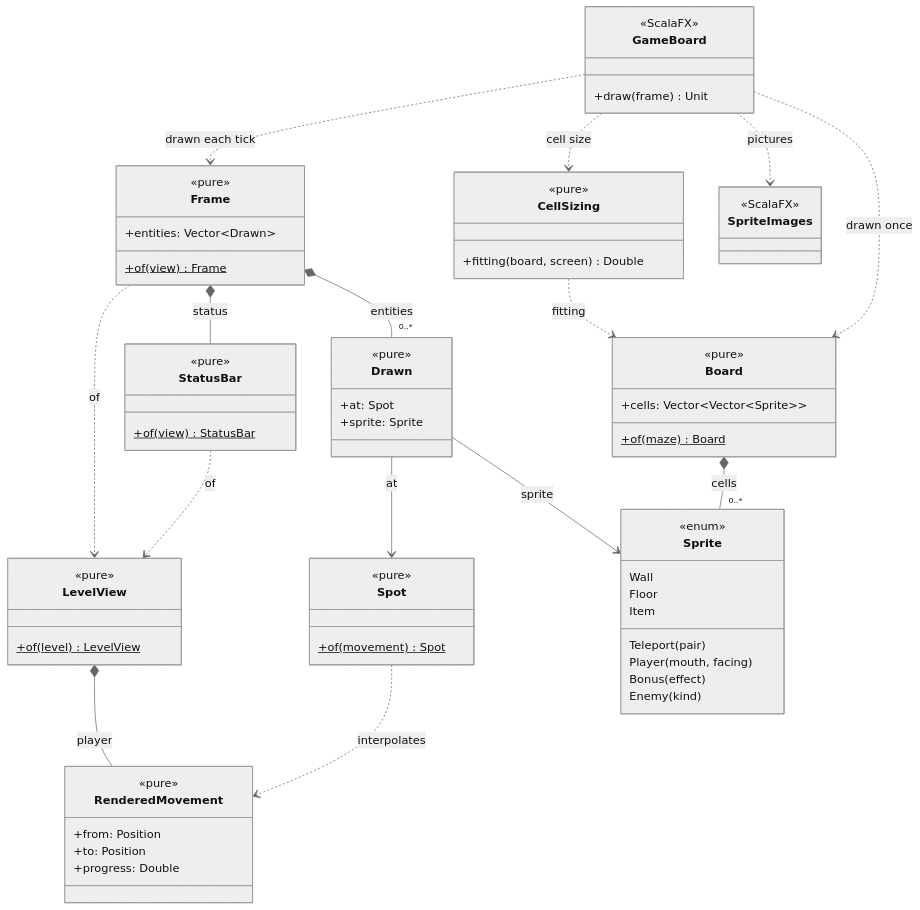
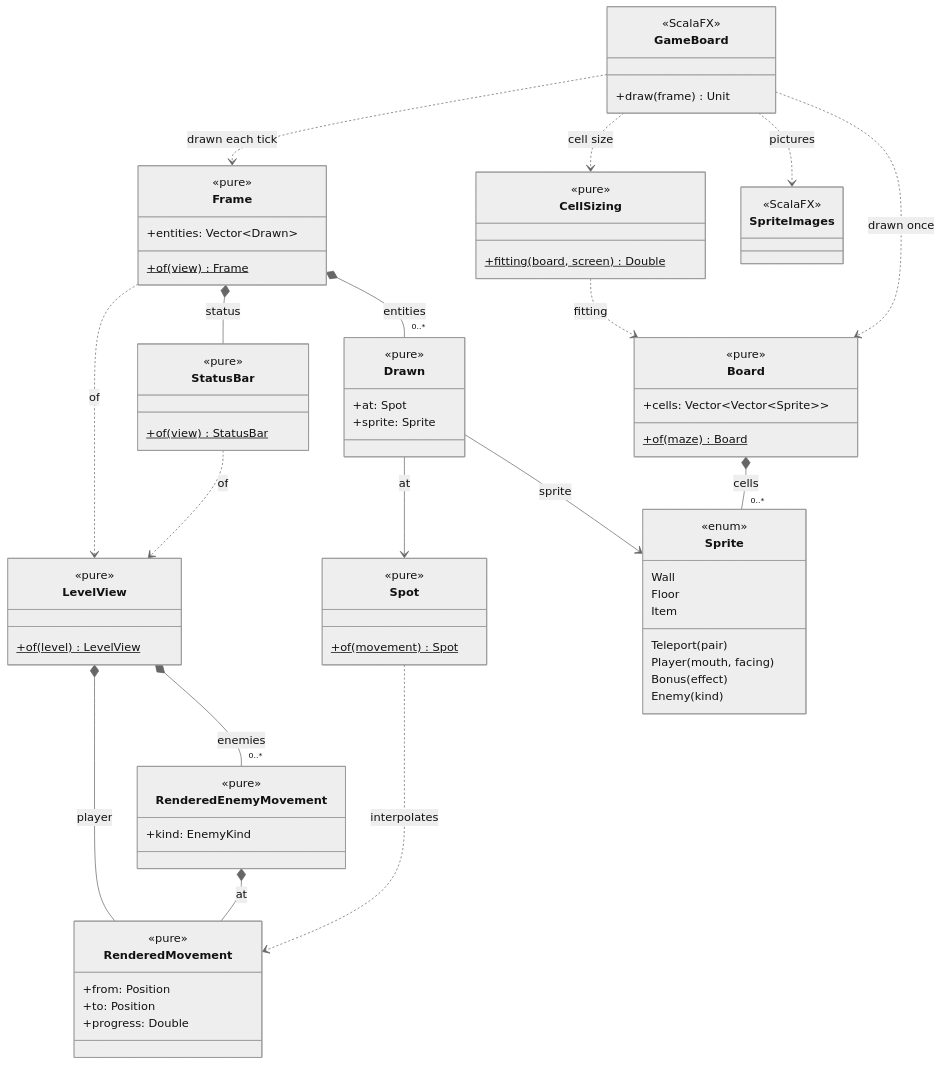
Before and after one commit to PPS-25/PPS-25-scala-man: the diagram in docs/uml/ProjectionDiagram.mmd, drawn with Mermaid. The commit also changed 7 other files, not shown here.

Commit message:
docs(report): align the chapters and the diagrams with the code and the team review

```diff
--- a/docs/uml/ProjectionDiagram.mmd
+++ b/docs/uml/ProjectionDiagram.mmd
@@ -1,83 +1,90 @@
 %%{init: {"theme": "neutral"}}%%
 classDiagram
   direction TB
 
   class LevelView {
     <<pure>>
     +of(level)$ LevelView
   }
 
   class RenderedMovement {
     <<pure>>
     +from: Position
     +to: Position
     +progress: Double
   }
 
+  class RenderedEnemyMovement {
+    <<pure>>
+    +kind: EnemyKind
+  }
+
   class Board {
     <<pure>>
     +cells: Vector~Vector~Sprite~~
     +of(maze)$ Board
   }
 
   class CellSizing {
     <<pure>>
-    +fitting(board, screen) Double
+    +fitting(board, screen)$ Double
   }
 
   class Frame {
     <<pure>>
     +entities: Vector~Drawn~
     +of(view)$ Frame
   }
 
   class Drawn {
     <<pure>>
     +at: Spot
     +sprite: Sprite
   }
 
   class Spot {
     <<pure>>
     +of(movement)$ Spot
   }
 
   class StatusBar {
     <<pure>>
     +of(view)$ StatusBar
   }
 
   class Sprite {
     <<enum>>
     Wall
     Floor
     Item
     Teleport(pair)
     Player(mouth, facing)
     Bonus(effect)
     Enemy(kind)
   }
 
   class GameBoard {
     <<ScalaFX>>
     +draw(frame) Unit
   }
 
   class SpriteImages {
     <<ScalaFX>>
   }
 
   LevelView *-- RenderedMovement : player
+  LevelView *-- "0..*" RenderedEnemyMovement : enemies
+  RenderedEnemyMovement *-- RenderedMovement : at
   Frame ..> LevelView : of
   StatusBar ..> LevelView : of
   Frame *-- "0..*" Drawn : entities
   Frame *-- StatusBar : status
   Drawn --> Spot : at
   Drawn --> Sprite : sprite
   Spot ..> RenderedMovement : interpolates
   Board *-- "0..*" Sprite : cells
   CellSizing ..> Board : fitting
   GameBoard ..> Board : drawn once
   GameBoard ..> Frame : drawn each tick
   GameBoard ..> CellSizing : cell size
   GameBoard ..> SpriteImages : pictures
```
